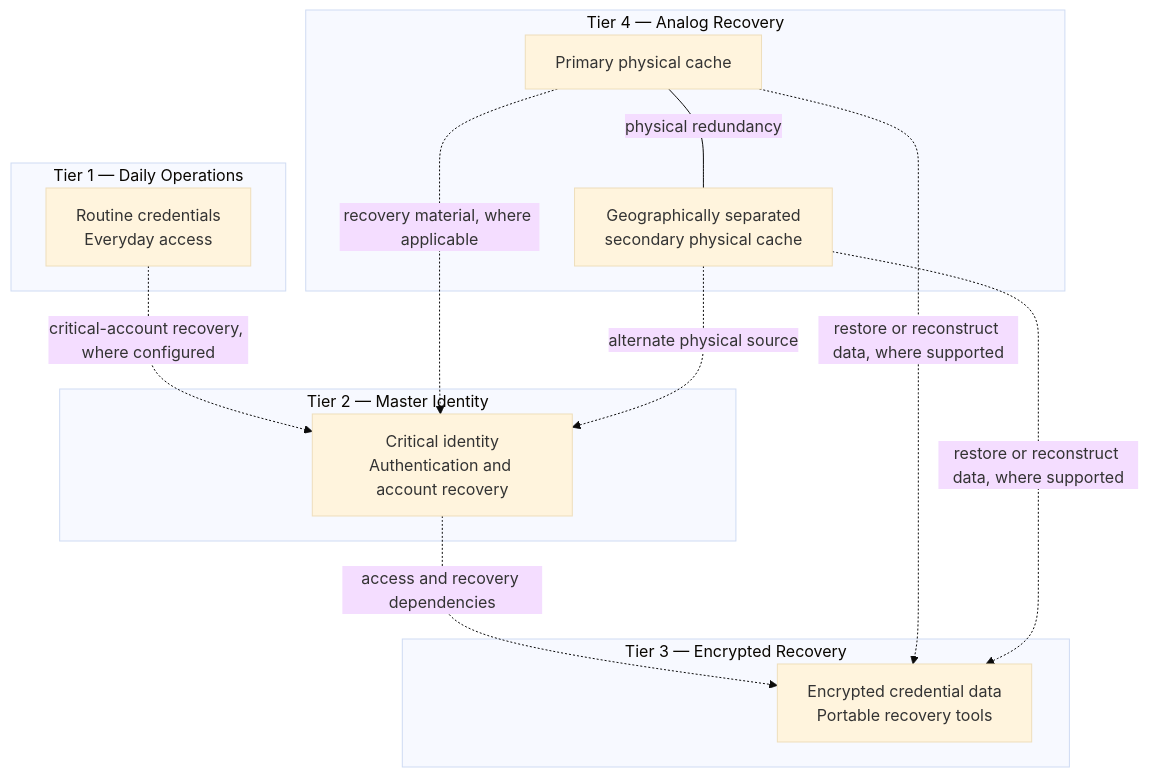
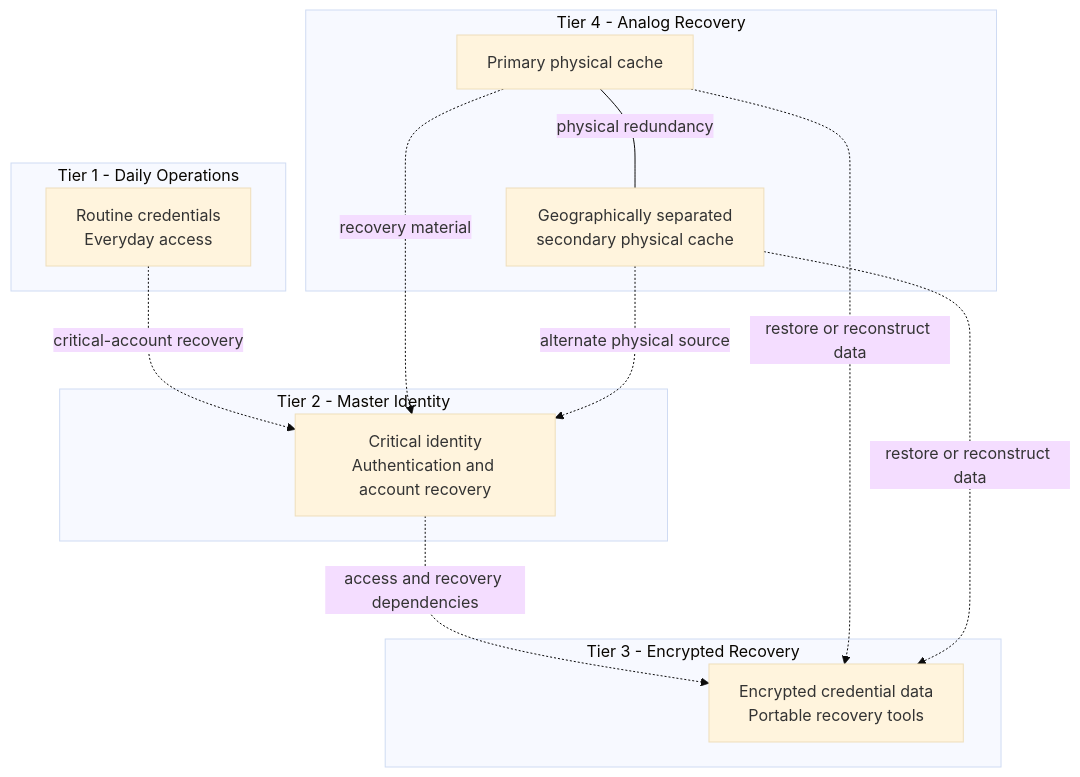
One commit to dw-dev77/PACE-Security-Architecture changed the diagram in README.md. Above: the diagram before and after it, drawn with Mermaid (base theme). The commit also changed other lines of this file, not shown here.

````diff
--- a/README.md
+++ b/README.md
@@ -43,27 +41,27 @@
 ```mermaid
 flowchart TB
-    subgraph OPS["Tier 1 — Daily Operations"]
+    subgraph OPS["Tier 1 - Daily Operations"]
         T1["Routine credentials<br/>Everyday access"]
     end
 
-    subgraph ID["Tier 2 — Master Identity"]
+    subgraph ID["Tier 2 - Master Identity"]
         T2["Critical identity<br/>Authentication and account recovery"]
     end
 
-    subgraph REC["Tier 3 — Encrypted Recovery"]
+    subgraph REC["Tier 3 - Encrypted Recovery"]
         T3["Encrypted credential data<br/>Portable recovery tools"]
     end
 
-    subgraph PHY["Tier 4 — Analog Recovery"]
+    subgraph PHY["Tier 4 - Analog Recovery"]
         T4A["Primary physical cache"]
         T4B["Geographically separated<br/>secondary physical cache"]
     end
 
-    T1 -. critical-account recovery, where configured .-> T2
+    T1 -. critical-account recovery .-> T2
     T2 -. access and recovery dependencies .-> T3
     T4A ---|physical redundancy| T4B
-    T4A -. recovery material, where applicable .-> T2
+    T4A -. recovery material .-> T2
     T4B -. alternate physical source .-> T2
-    T4A -. restore or reconstruct data, where supported .-> T3
-    T4B -. restore or reconstruct data, where supported .-> T3
+    T4A -. restore or reconstruct data .-> T3
+    T4B -. restore or reconstruct data .-> T3
 ```
````
